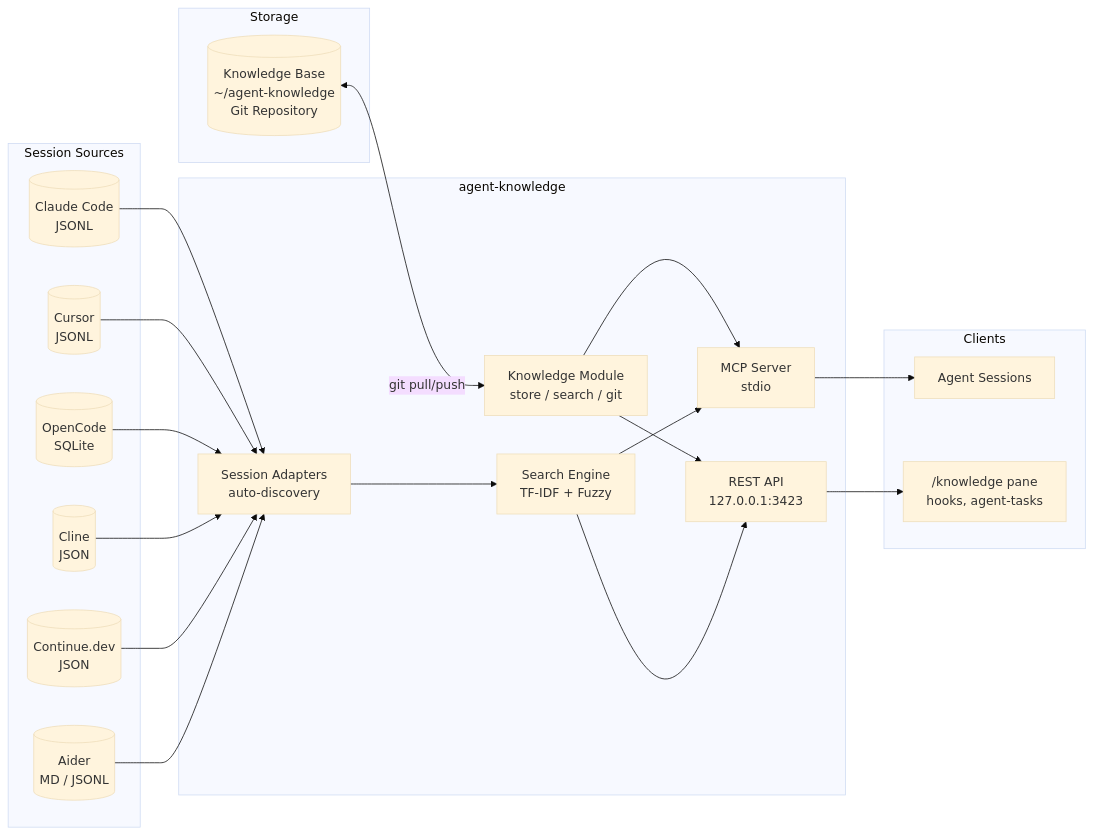
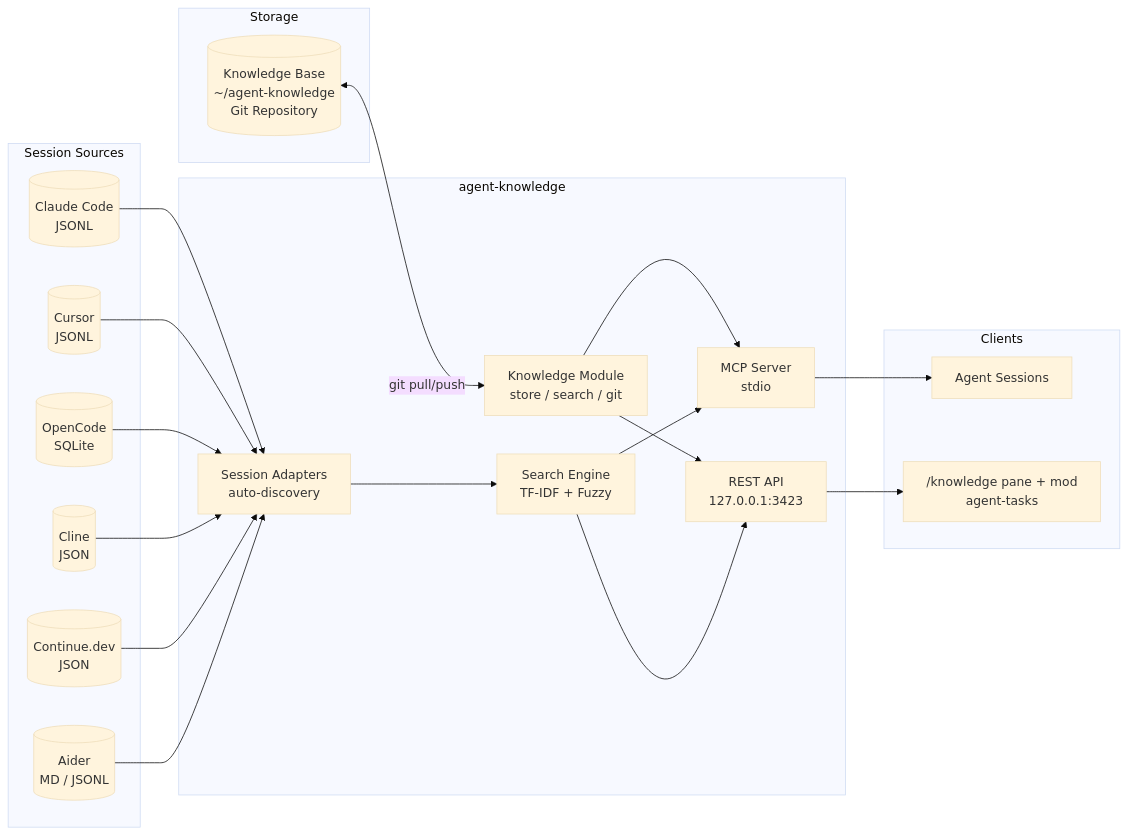
The diagram in README.md (keshrath/agent-knowledge), drawn with Mermaid (base theme) before and after one commit. The commit also changed other lines of this file and 114 other files, not shown here.

Commit message:
v3.0.0: plugin mod replaces the command hooks (wakeup, first-prompt hits, session snapshots); /knowledge pane UX passes; first-prompt rule measured on a holdout; incremental search indexes; async git; scrubber and control-character fixes

````diff
--- a/README.md
+++ b/README.md
@@ -250,43 +253,43 @@
 ```mermaid
 graph LR
     subgraph Storage
         KB[(Knowledge Base<br/>~/agent-knowledge<br/>Git Repository)]
     end
 
     subgraph Session Sources
         CC[(Claude Code<br/>JSONL)]
         CU[(Cursor<br/>JSONL)]
         OC[(OpenCode<br/>SQLite)]
         CL[(Cline<br/>JSON)]
         CD[(Continue.dev<br/>JSON)]
         AI[(Aider<br/>MD / JSONL)]
     end
 
     subgraph agent-knowledge
         KM[Knowledge Module<br/>store / search / git]
         AD[Session Adapters<br/>auto-discovery]
         SE[Search Engine<br/>TF-IDF + Fuzzy]
         DS[REST API<br/>127.0.0.1:3423]
         MCP[MCP Server<br/>stdio]
     end
 
     subgraph Clients
         AG[Agent Sessions]
-        PN["/knowledge pane<br/>hooks, agent-tasks"]
+        PN["/knowledge pane + mod<br/>agent-tasks"]
     end
 
     KB <-->|git pull/push| KM
     CC --> AD
     CU --> AD
     OC --> AD
     CL --> AD
     CD --> AD
     AI --> AD
     AD --> SE
     KM --> MCP
     SE --> MCP
     KM --> DS
     SE --> DS
     MCP --> AG
     DS --> PN
 ```
````
